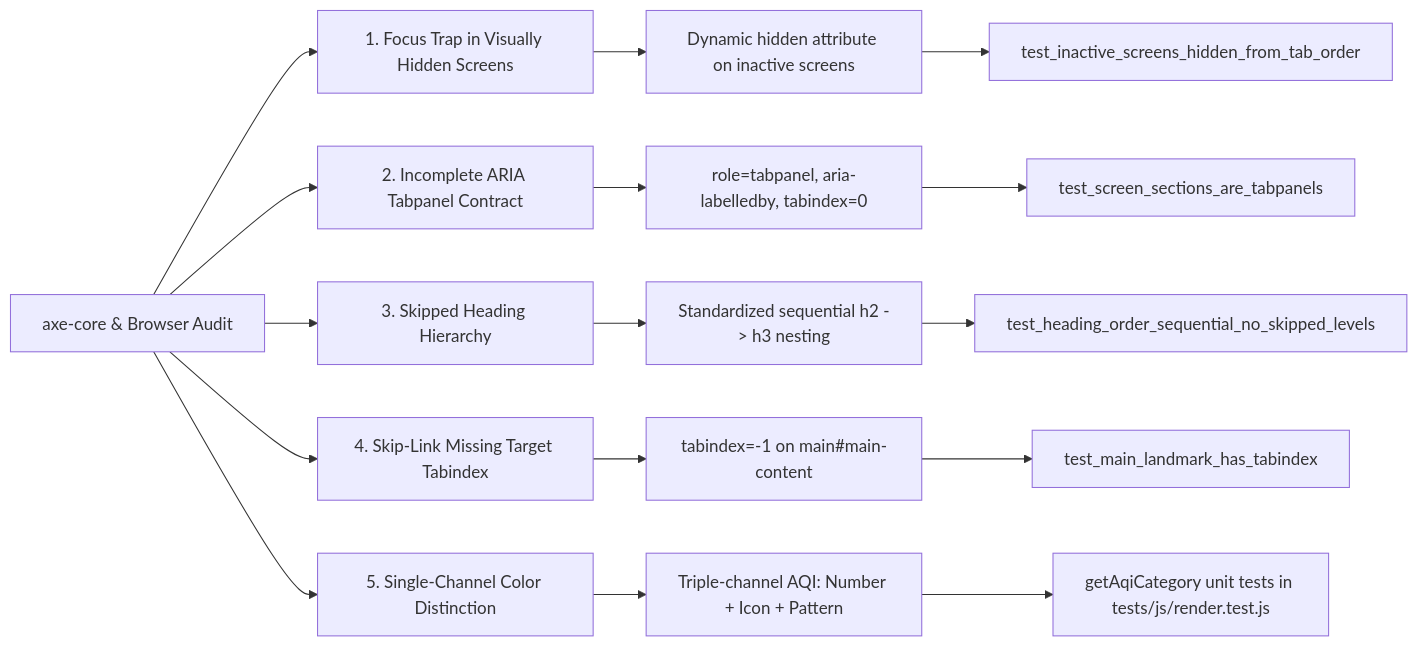
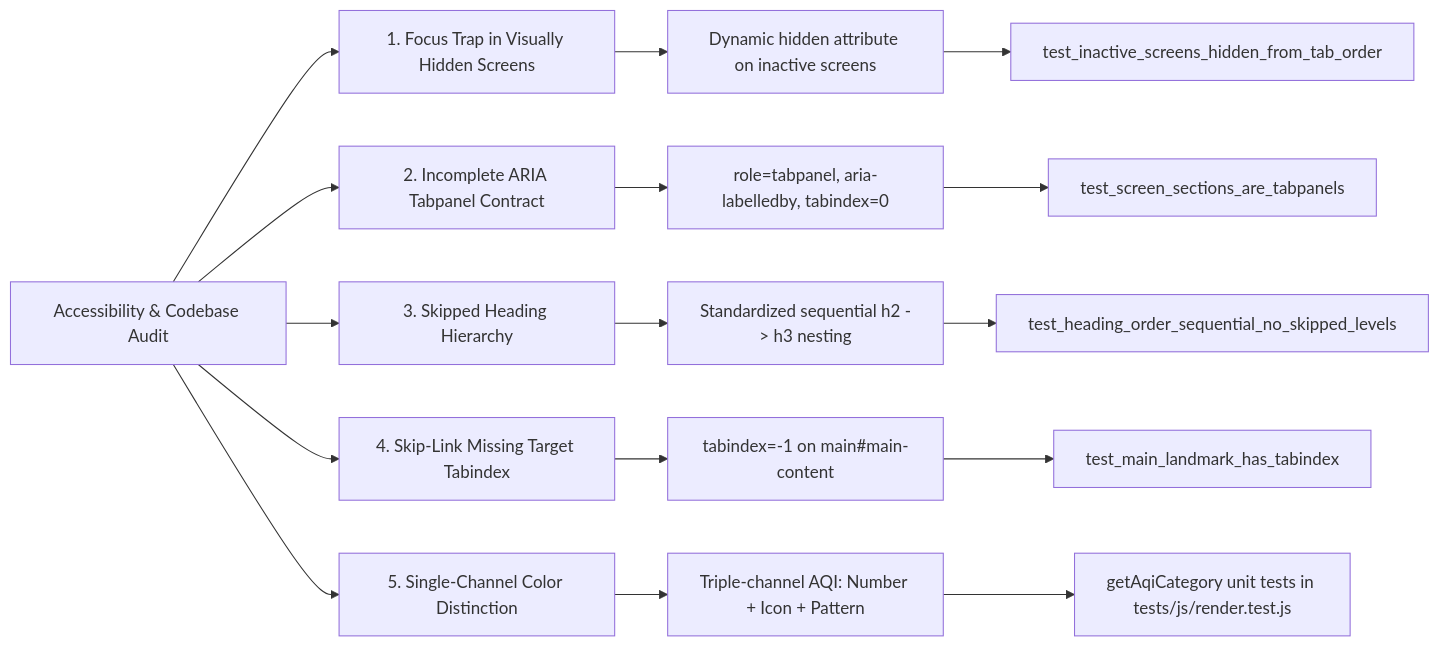
Before and after one commit to Dhinakarg/AirPlan: the diagram in docs/EVALUATION.md, drawn with Mermaid. The commit also changed other lines of this file and 11 other files, not shown here.

````diff
--- a/docs/EVALUATION.md
+++ b/docs/EVALUATION.md
@@ -32,20 +32,20 @@
 ```mermaid
 flowchart LR
-    Audit["axe-core & Browser Audit"] --> Issue1["1. Focus Trap in Visually Hidden Screens"]
+    Audit["Accessibility & Codebase Audit"] --> Issue1["1. Focus Trap in Visually Hidden Screens"]
     Audit --> Issue2["2. Incomplete ARIA Tabpanel Contract"]
     Audit --> Issue3["3. Skipped Heading Hierarchy"]
     Audit --> Issue4["4. Skip-Link Missing Target Tabindex"]
     Audit --> Issue5["5. Single-Channel Color Distinction"]
 
     Issue1 --> Fix1["Dynamic hidden attribute on inactive screens"]
     Issue2 --> Fix2["role=tabpanel, aria-labelledby, tabindex=0"]
     Issue3 --> Fix3["Standardized sequential h2 -> h3 nesting"]
     Issue4 --> Fix4["tabindex=-1 on main#main-content"]
     Issue5 --> Fix5["Triple-channel AQI: Number + Icon + Pattern"]
 
     Fix1 --> Test1["test_inactive_screens_hidden_from_tab_order"]
     Fix2 --> Test2["test_screen_sections_are_tabpanels"]
     Fix3 --> Test3["test_heading_order_sequential_no_skipped_levels"]
     Fix4 --> Test4["test_main_landmark_has_tabindex"]
     Fix5 --> Test5["getAqiCategory unit tests in tests/js/render.test.js"]
 ```
````
